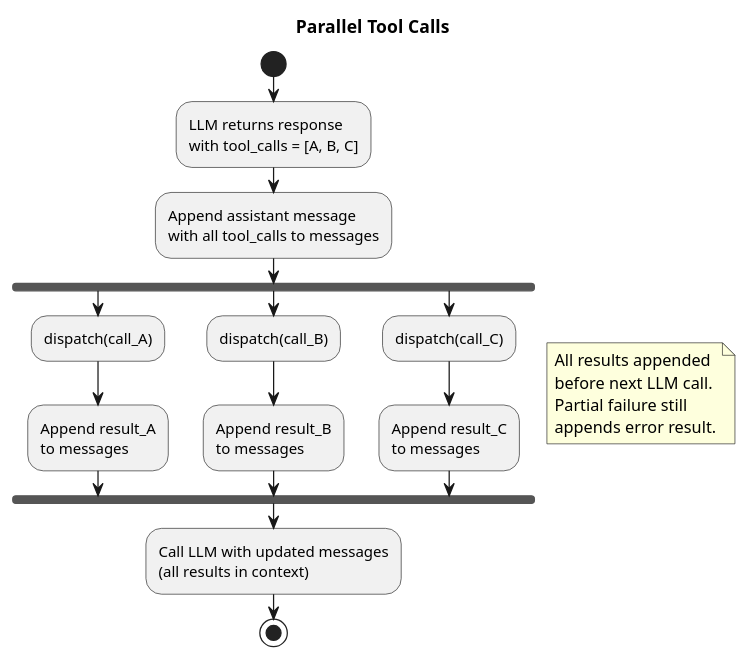
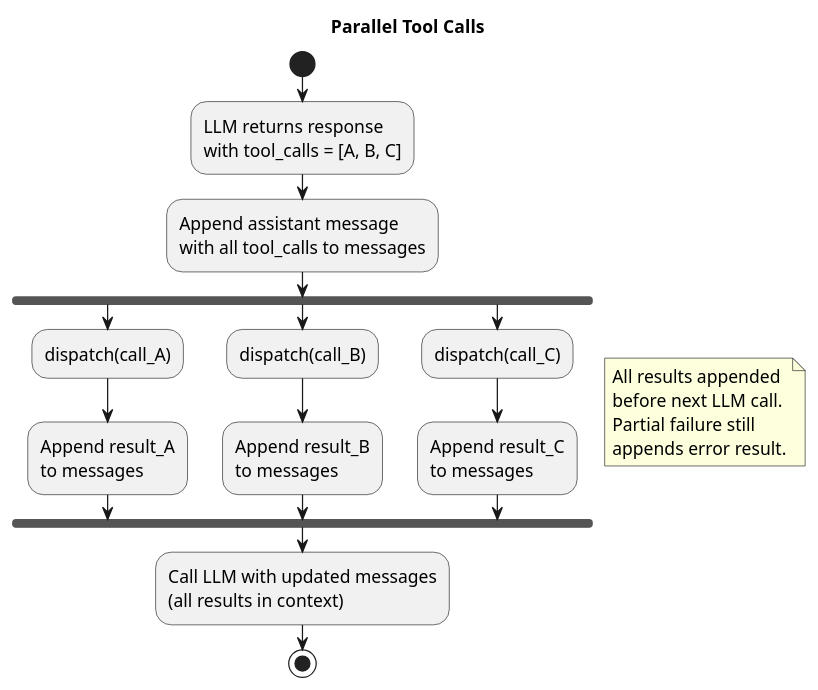
Before and after one commit to Buffden/smart-anytool-agent: the diagram in docs/additional-notes/parallel-tool-calls.puml, drawn with PlantUML. The commit also changed 6 other files, not shown here.

Commit message:
trigger workflow to test diagram generation

```diff
--- a/docs/additional-notes/parallel-tool-calls.puml
+++ b/docs/additional-notes/parallel-tool-calls.puml
@@ -1,32 +1,33 @@
 @startuml parallel-tool-calls
 title Parallel Tool Calls
+skinparam defaultFontSize 14
 
 start
 
 :LLM returns response\nwith tool_calls = [A, B, C];
 
 :Append assistant message\nwith all tool_calls to messages;
 
 fork
   :dispatch(call_A);
   :Append result_A\nto messages;
 fork again
   :dispatch(call_B);
   :Append result_B\nto messages;
 fork again
   :dispatch(call_C);
   :Append result_C\nto messages;
 end fork
 
 note right
   All results appended
   before next LLM call.
   Partial failure still
   appends error result.
 end note
 
 :Call LLM with updated messages\n(all results in context);
 
 stop
 
 @enduml
```
